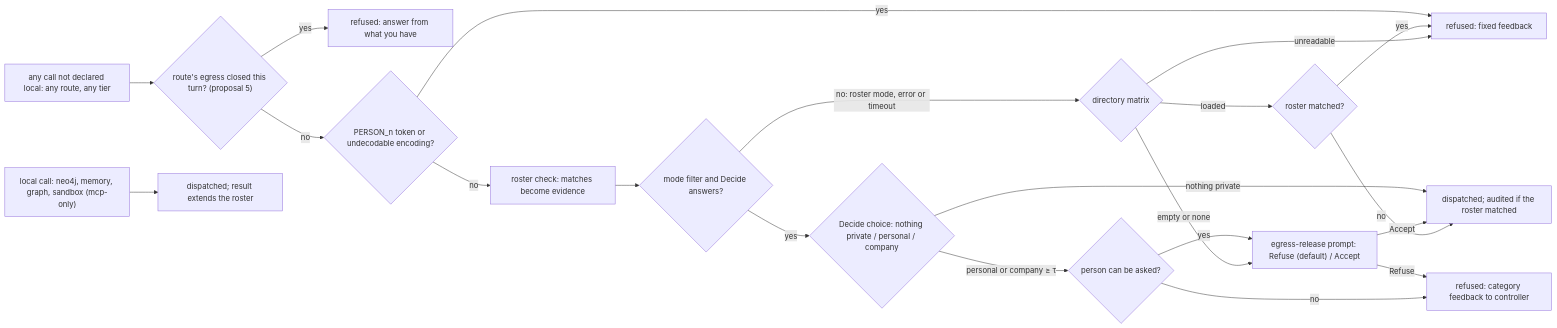
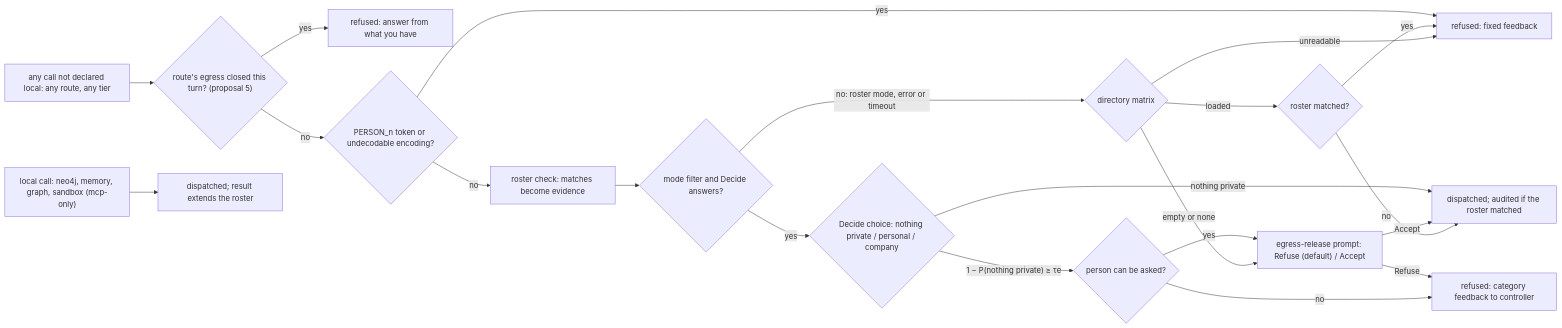
Before and after one commit to mknw/hames-playground: the fourth of 4 diagrams in docs/plan/boundary-guards.md, drawn with Mermaid. The commit also changed other lines of this file, not shown here.

````diff
--- a/docs/plan/boundary-guards.md
+++ b/docs/plan/boundary-guards.md
@@ -329,23 +334,23 @@
 ```mermaid
 flowchart LR
   CALL["any call not declared local: any route, any tier"] --> CL{"route's egress closed this turn? (proposal 5)"}
   CL -->|yes| FB2["refused: answer from what you have"]
   CL -->|no| INT{"PERSON_n token or undecodable encoding?"}
   INT -->|yes| FB["refused: fixed feedback"]
   INT -->|no| RX["roster check: matches become evidence"]
   RX --> MODE{"mode filter and Decide answers?"}
   MODE -->|yes| DQ{"Decide choice: nothing private / personal / company"}
   DQ -->|nothing private| GO["dispatched; audited if the roster matched"]
-  DQ -->|personal or company ≥ τ| P{"person can be asked?"}
+  DQ -->|"1 − P(nothing private) ≥ τe"| P{"person can be asked?"}
   P -->|yes| HE["egress-release prompt: Refuse (default) / Accept"]
   HE -->|Accept| GO
   HE -->|Refuse| FB3["refused: category feedback to controller"]
   P -->|no| FB3
   MODE -->|no: roster mode, error or timeout| M{"directory matrix"}
   M -->|loaded| RV{"roster matched?"}
   RV -->|yes| FB
   RV -->|no| GO
   M -->|empty or none| HE
   M -->|unreadable| FB
   LOCAL["local call: neo4j, memory, graph, sandbox (mcp-only)"] --> GO2["dispatched; result extends the roster"]
 ```
````
